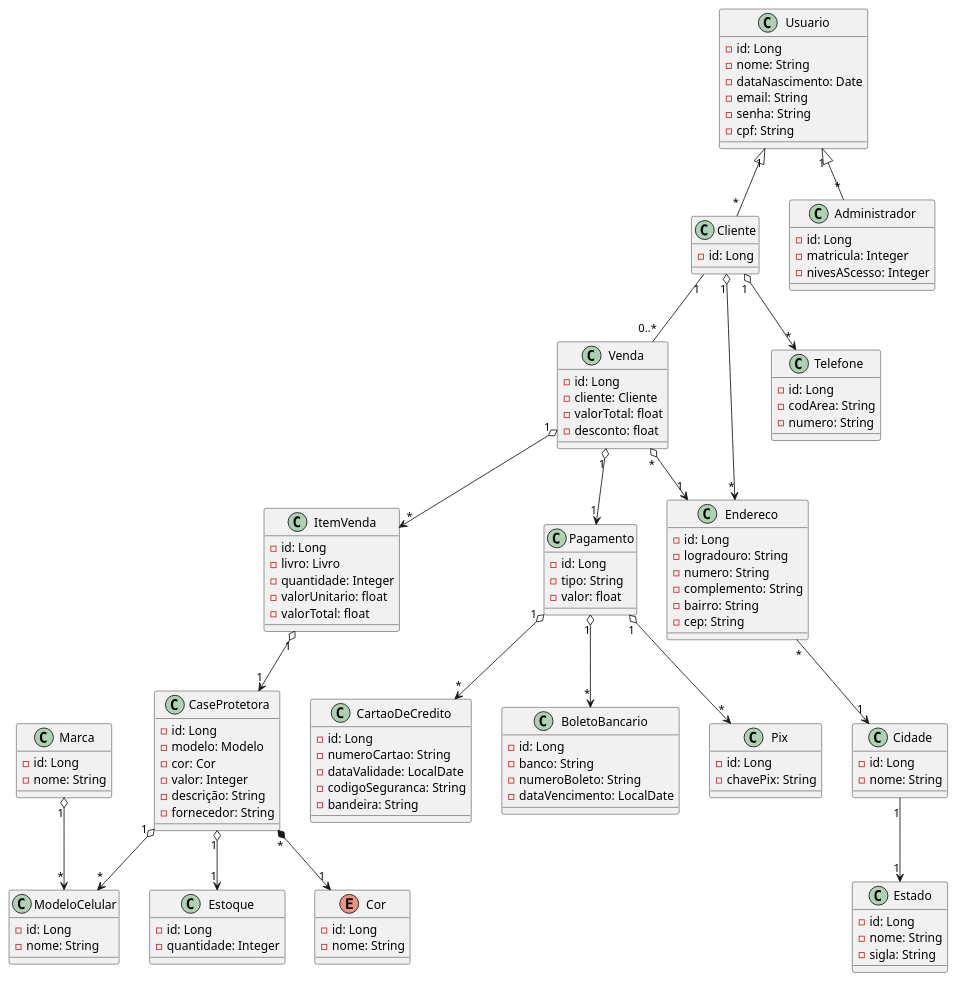
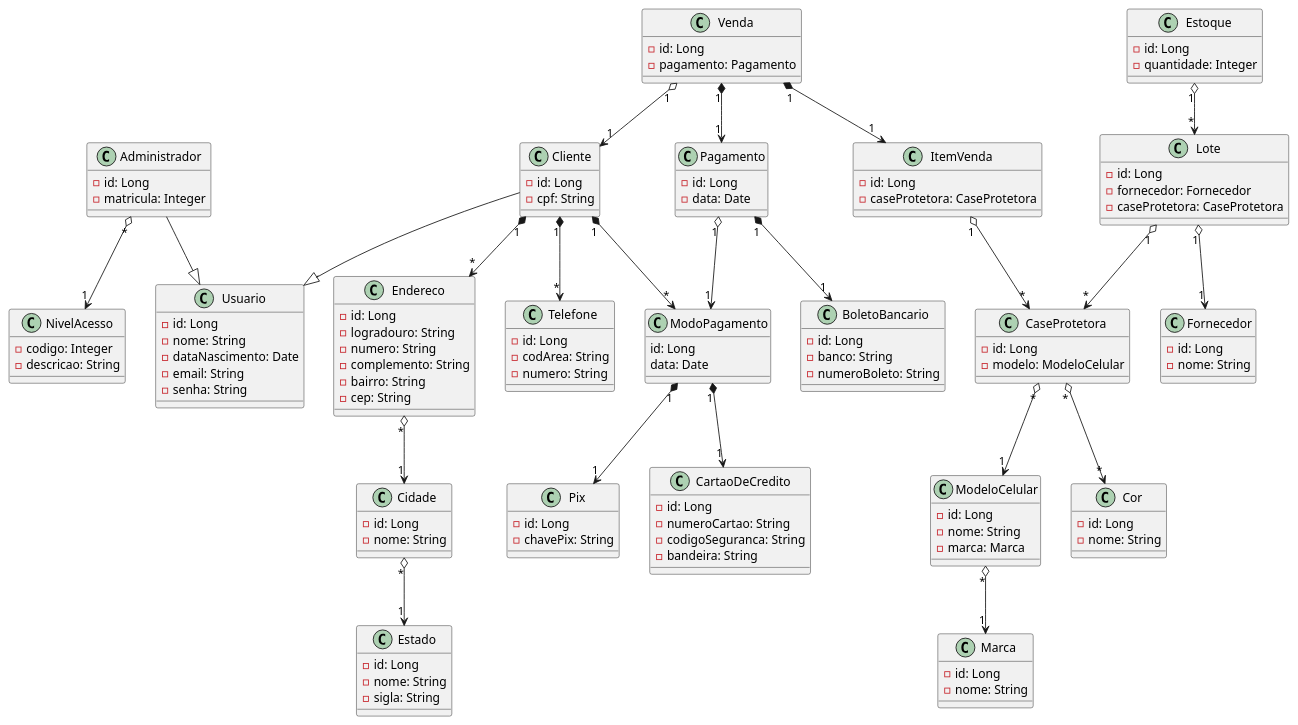
The diagram in src/main/resources/casefy.plantuml (VictorAlvesD/CASEFY), drawn with PlantUML before and after one commit.

Commit message:
Diagrama UML

```diff
--- a/src/main/resources/casefy.plantuml
+++ b/src/main/resources/casefy.plantuml
@@ -1,156 +1,155 @@
-@startuml
-class CaseProtetora {
-    - id: Long
-    - modelo: Modelo
-    - cor: Cor
-    - valor: Integer
-    - descrição: String
-    - fornecedor: String
-}
-
-class Estoque{
-    - id: Long
-    - quantidade: Integer
-}
-
-class ModeloCelular {
-    - id: Long
-    - nome: String
-}
-
-class Marca{
-    - id: Long
-    - nome: String
-}
-
-ENUM Cor {
-    - id: Long
-    - nome: String
-}
-
-class ItemVenda {
-    - id: Long
-    - livro: Livro
-    - quantidade: Integer
-    - valorUnitario: float
-    - valorTotal: float
-}
-
-class Venda{
-    - id: Long
-    - cliente: Cliente
-    - valorTotal: float
-    - desconto: float
-}
-
-class Pagamento {
-    - id: Long
-    - tipo: String
-    - valor: float
-}
-
-class CartaoDeCredito {
-    - id: Long
-    - numeroCartao: String
-    - dataValidade: LocalDate
-    - codigoSeguranca: String
-    - bandeira: String
-}
-
-class BoletoBancario {
-    - id: Long
-    - banco: String
-    - numeroBoleto: String
-    - dataVencimento: LocalDate
-}
-
-class Pix {
-    - id: Long
-    - chavePix: String
-}
-
 class Usuario {
     - id: Long
     - nome: String
     - dataNascimento: Date
     - email: String
     - senha: String
-    - cpf: String
-}
-
-class Cliente {
-    - id: Long
 }
 
 class Administrador {
     - id: Long
     - matricula: Integer
-    - nivesAScesso: Integer
+}
+
+class Cliente {
+    - id: Long
+    - cpf: String
+}
+
+class NivelAcesso {
+    - codigo: Integer
+    - descricao: String
 }
 
 class Endereco {
     - id: Long
     - logradouro: String
     - numero: String
     - complemento: String
     - bairro: String
     - cep: String
 }
 
-class Cidade{
-    - id: Long
-    - nome: String
-}
-
-class Telefone{
+class Telefone {
     - id: Long
     - codArea: String
     - numero: String
+}
+
+class Cidade {
+    - id: Long
+    - nome: String
 }
 
 class Estado {
     - id: Long
     - nome: String
     - sigla: String
 }
 
+class Marca {
+    - id: Long
+    - nome: String
+}
 
-Usuario "1" <|-- "*" Cliente
+class ModeloCelular {
+    - id: Long
+    - nome: String
+    - marca: Marca
+}
 
-Cliente "1" o--> "*" Endereco
+class CaseProtetora {
+    - id: Long
+    - modelo: ModeloCelular
+}
 
-Cliente "1" o--> "*" Telefone
+class Cor {
+    - id: Long
+    - nome: String
+}
 
-Endereco "*" --> "1" Cidade
+class Lote {
+    - id: Long
+    - fornecedor: Fornecedor
+    - caseProtetora: CaseProtetora
+}
 
-Cidade "1" --> "1" Estado
+class Fornecedor {
+    - id: Long
+    - nome: String
+}
 
+class Estoque {
+    - id: Long
+    - quantidade: Integer
+}
 
-Usuario "1" <|-- "*" Administrador
+class ItemVenda {
+    - id: Long
+    - caseProtetora: CaseProtetora
+}
 
+class Venda {
+    - id: Long
+    - pagamento: Pagamento
+}
 
-ItemVenda "1" o--> "1" CaseProtetora
+class Pagamento {
+    - id: Long
+    - data: Date
+}
 
+class Pix {
+    - id: Long
+    - chavePix: String
+}
 
-CaseProtetora "1" o--> "*" ModeloCelular
+class CartaoDeCredito {
+    - id: Long
+    - numeroCartao: String
+    - codigoSeguranca: String
+    - bandeira: String
+}
 
-CaseProtetora "*" *--> "1" Cor
+class BoletoBancario {
+    - id: Long
+    - banco: String
+    - numeroBoleto: String
+}
 
-CaseProtetora "1" o--> "1" Estoque
+class ModoPagamento{
+    id: Long
+    data: Date
+}
 
-Pagamento "1" o--> "*" CartaoDeCredito
+Administrador --|> Usuario
+Administrador "*" o--> "1" NivelAcesso
 
-Pagamento "1" o--> "*" BoletoBancario
+Cliente --|> Usuario
+Cliente "1" *--> "*" Endereco
+Cliente "1" *--> "*" Telefone
+Cliente "1" *--> "*" ModoPagamento
 
-Pagamento "1" o--> "*" Pix
+Endereco "*" o--> "1" Cidade
+Cidade "*" o--> "1" Estado
 
-Cliente "1" -- "0..*" Venda
+ModeloCelular "*" o--> "1" Marca
 
-Venda"*" o--> "1" Endereco
+CaseProtetora "*" o--> "1" ModeloCelular
+CaseProtetora "*" o--> "*" Cor
 
-Venda"1" o--> "*" ItemVenda
+Lote "1" o--> "1" Fornecedor
+Lote "1" o--> "*" CaseProtetora
 
-Venda"1" o--> "1" Pagamento
+Estoque "1" o--> "*" Lote
 
-Marca "1" o--> "*" ModeloCelular
-@enduml
+ItemVenda "1" o--> "*" CaseProtetora
+Venda "1" *--> "1" ItemVenda
+Venda "1" *--> "1" Pagamento
+
+Venda "1" o--> "1" Cliente
+
+Pagamento "1" o--> "1" ModoPagamento
+ModoPagamento "1" *--> "1" Pix
+ModoPagamento "1" *--> "1" CartaoDeCredito
+Pagamento "1" *--> "1" BoletoBancario
```
